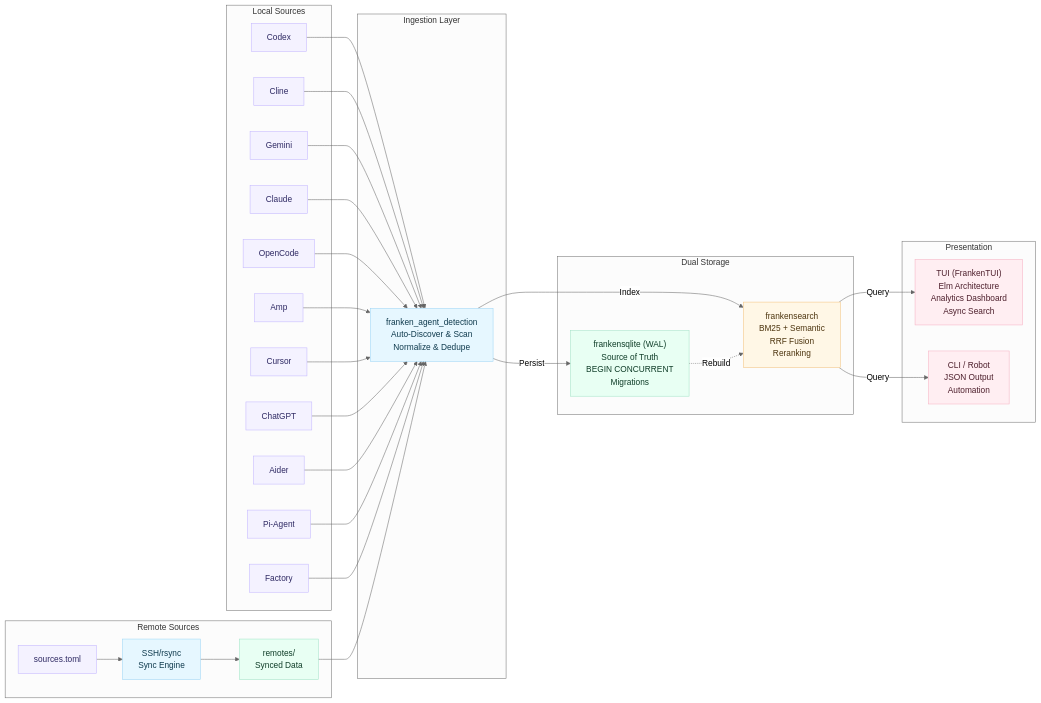
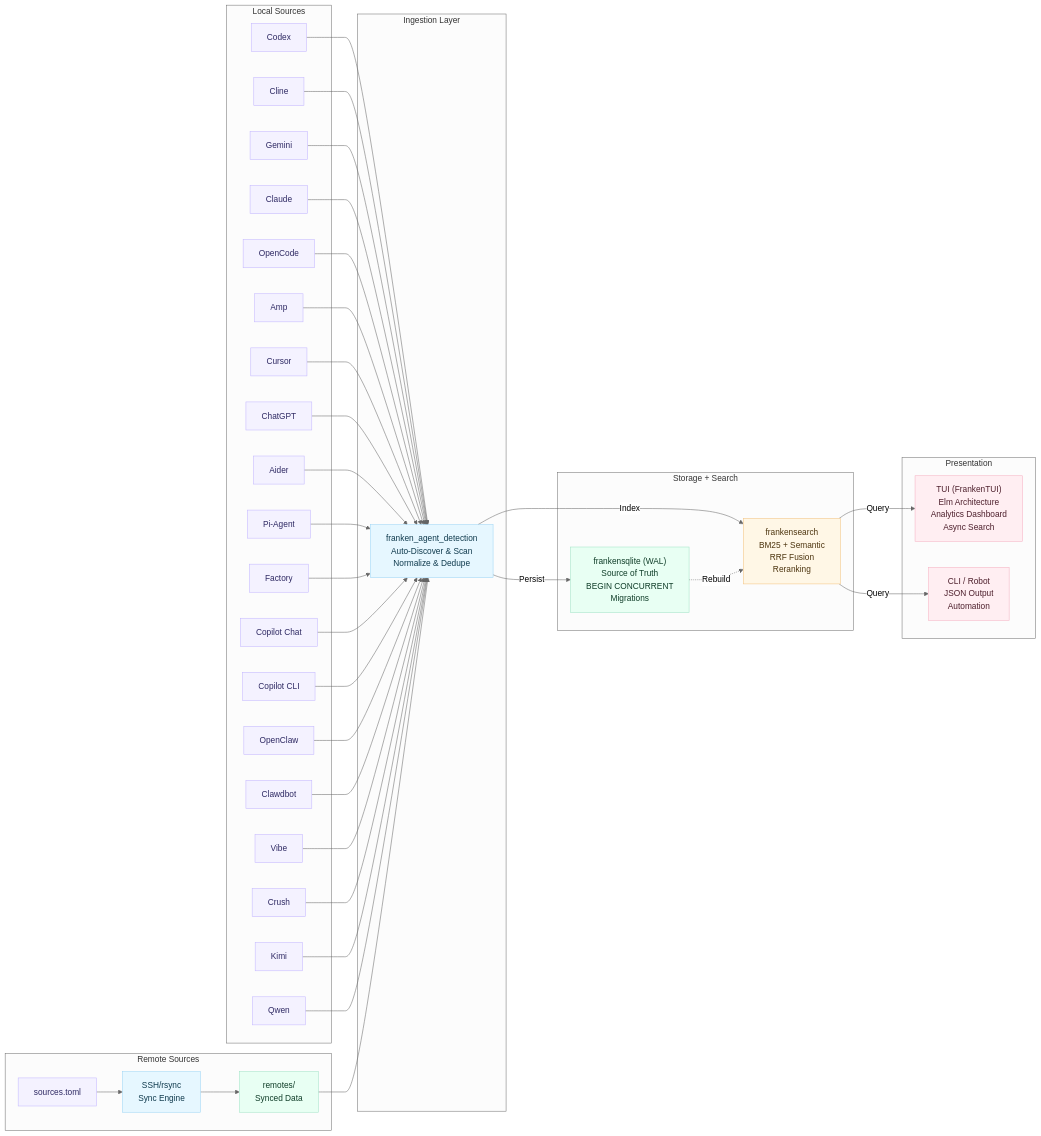
One commit to Dicklesworthstone/coding_agent_session_search changed the second of 3 diagrams in README.md. Above: the diagram before and after it, drawn with Mermaid (neutral theme). The commit also changed other lines of this file, not shown here.

````diff
--- a/README.md
+++ b/README.md
@@ -1856,62 +1866,78 @@
 ```mermaid
 flowchart LR
  classDef pastel fill:#f4f2ff,stroke:#c2b5ff,color:#2e2963;
  classDef pastel2 fill:#e6f7ff,stroke:#9bd5f5,color:#0f3a4d;
  classDef pastel3 fill:#e8fff3,stroke:#9fe3c5,color:#0f3d28;
  classDef pastel4 fill:#fff7e6,stroke:#f2c27f,color:#4d350f;
  classDef pastel5 fill:#ffeef2,stroke:#f5b0c2,color:#4d1f2c;
 
  subgraph Sources["Local Sources"]
  A1[Codex]:::pastel
  A2[Cline]:::pastel
  A3[Gemini]:::pastel
  A4[Claude]:::pastel
  A5[OpenCode]:::pastel
  A6[Amp]:::pastel
  A7[Cursor]:::pastel
  A8[ChatGPT]:::pastel
  A9[Aider]:::pastel
  A10[Pi-Agent]:::pastel
  A11[Factory]:::pastel
+ A12[Copilot Chat]:::pastel
+ A13[Copilot CLI]:::pastel
+ A14[OpenClaw]:::pastel
+ A15[Clawdbot]:::pastel
+ A16[Vibe]:::pastel
+ A17[Crush]:::pastel
+ A18[Kimi]:::pastel
+ A19[Qwen]:::pastel
  end
 
  subgraph Remote["Remote Sources"]
  R1["sources.toml"]:::pastel
  R2["SSH/rsync\nSync Engine"]:::pastel2
  R3["remotes/\nSynced Data"]:::pastel3
  end
 
  subgraph "Ingestion Layer"
  C1["franken_agent_detection\nAuto-Discover & Scan\nNormalize & Dedupe"]:::pastel2
  end
 
- subgraph "Dual Storage"
+ subgraph "Storage + Search"
  S1["frankensqlite (WAL)\nSource of Truth\nBEGIN CONCURRENT\nMigrations"]:::pastel3
  T1["frankensearch\nBM25 + Semantic\nRRF Fusion\nReranking"]:::pastel4
  end
 
  subgraph "Presentation"
  U1["TUI (FrankenTUI)\nElm Architecture\nAnalytics Dashboard\nAsync Search"]:::pastel5
  U2["CLI / Robot\nJSON Output\nAutomation"]:::pastel5
  end
 
  A1 --> C1
  A2 --> C1
  A3 --> C1
  A4 --> C1
  A5 --> C1
  A6 --> C1
  A7 --> C1
  A8 --> C1
  A9 --> C1
  A10 --> C1
  A11 --> C1
+ A12 --> C1
+ A13 --> C1
+ A14 --> C1
+ A15 --> C1
+ A16 --> C1
+ A17 --> C1
+ A18 --> C1
+ A19 --> C1
  R1 --> R2
  R2 --> R3
  R3 --> C1
  C1 -->|Persist| S1
  C1 -->|Index| T1
  S1 -.->|Rebuild| T1
  T1 -->|Query| U1
  T1 -->|Query| U2
 ```
````
